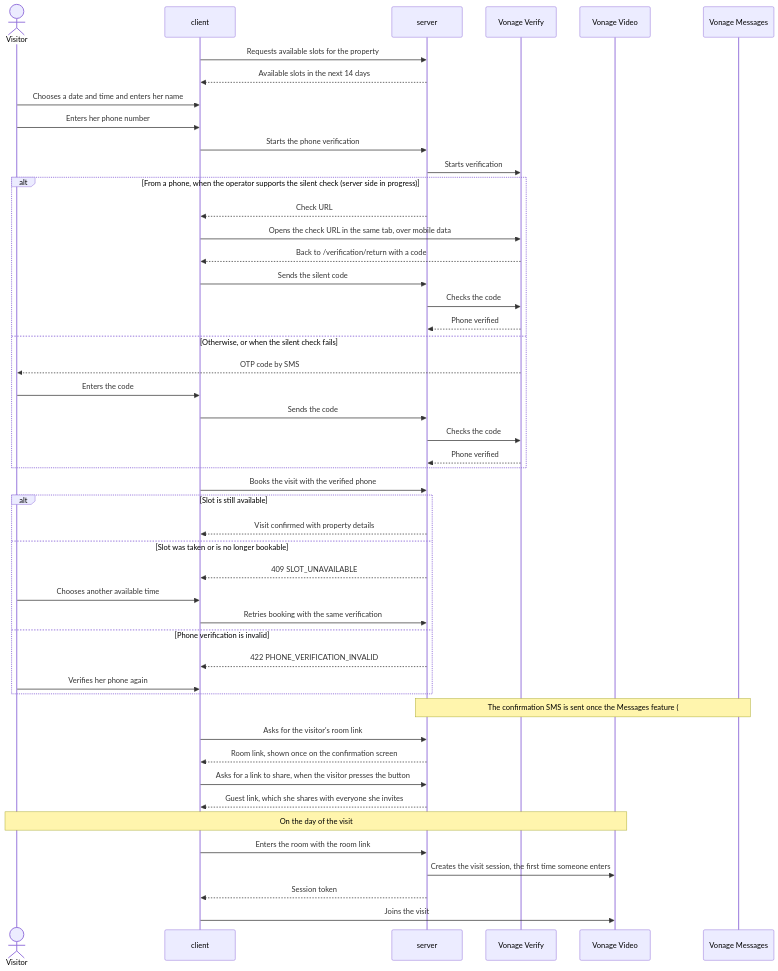
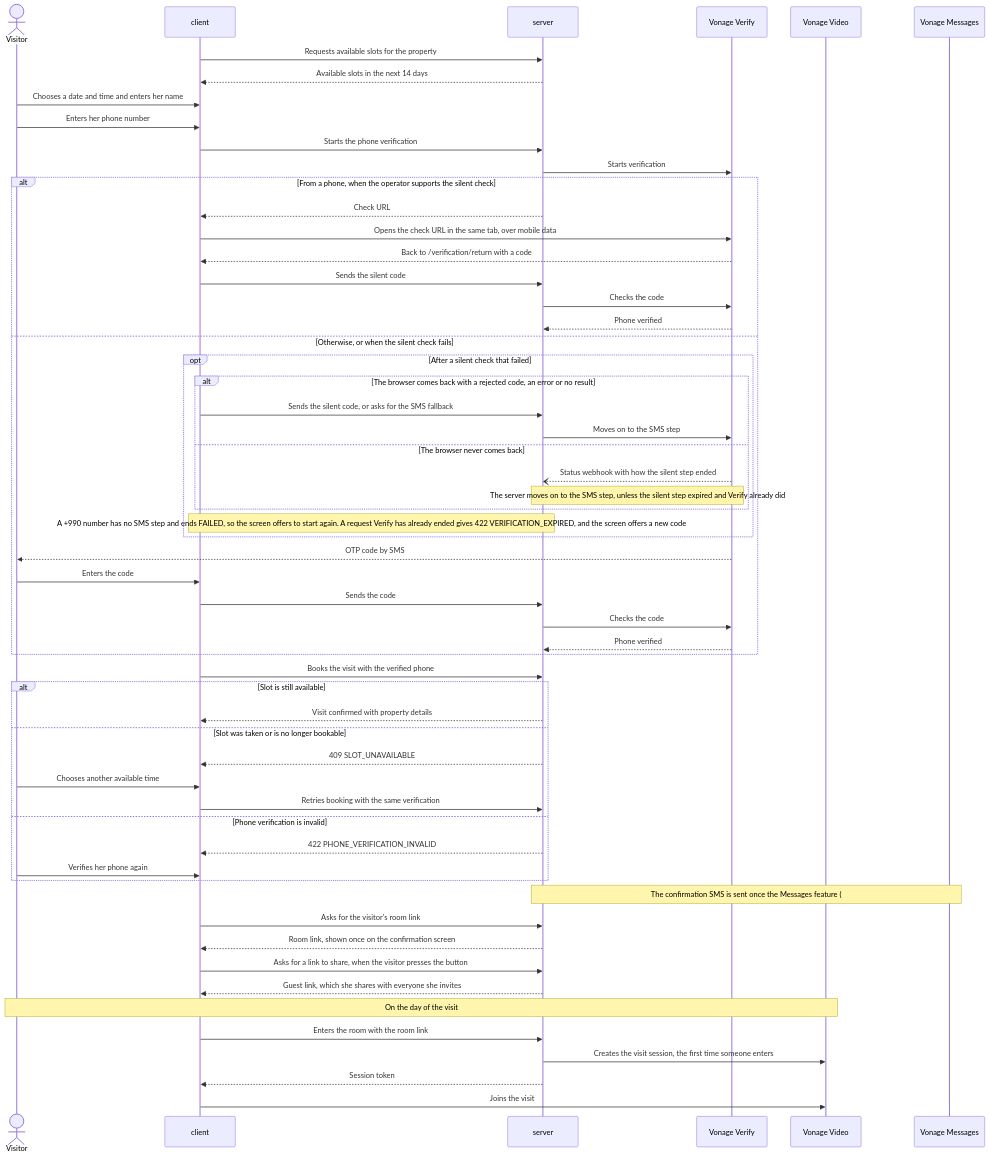
One commit to femCodersClub-vonage-program/secure-property-viewing changed the second of 2 diagrams in docs/architecture/README.md. Above: the diagram before and after it, drawn with Mermaid. The commit also changed other lines of this file and 50 other files, not shown here.

First line of the commit message:
feat(server): add Silent Authentication with SMS fallback to phone verification (#116)

````diff
--- a/docs/architecture/README.md
+++ b/docs/architecture/README.md
@@ -27,50 +28,60 @@
 ```mermaid
 sequenceDiagram
   actor V as Visitor
   participant C as client
   participant S as server
   participant VY as Vonage Verify
   participant VV as Vonage Video
   participant VM as Vonage Messages
   C->>S: Requests available slots for the property
   S-->>C: Available slots in the next 14 days
   V->>C: Chooses a date and time and enters her name
   V->>C: Enters her phone number
   C->>S: Starts the phone verification
   S->>VY: Starts verification
-  alt From a phone, when the operator supports the silent check (server side in progress)
+  alt From a phone, when the operator supports the silent check
     S-->>C: Check URL
     C->>VY: Opens the check URL in the same tab, over mobile data
     VY-->>C: Back to /verification/return with a code
     C->>S: Sends the silent code
     S->>VY: Checks the code
     VY-->>S: Phone verified
   else Otherwise, or when the silent check fails
+    opt After a silent check that failed
+      alt The browser comes back with a rejected code, an error or no result
+        C->>S: Sends the silent code, or asks for the SMS fallback
+        S->>VY: Moves on to the SMS step
+      else The browser never comes back
+        VY--)S: Status webhook with how the silent step ended
+        Note over S,VY: The server moves on to the SMS step, unless the silent step expired and Verify already did
+      end
+      Note over C,S: A +990 number has no SMS step and ends FAILED, so the screen offers to start again. A request Verify has already ended gives 422 VERIFICATION_EXPIRED, and the screen offers a new code
+    end
     VY-->>V: OTP code by SMS
     V->>C: Enters the code
     C->>S: Sends the code
     S->>VY: Checks the code
     VY-->>S: Phone verified
   end
   C->>S: Books the visit with the verified phone
   alt Slot is still available
     S-->>C: Visit confirmed with property details
   else Slot was taken or is no longer bookable
     S-->>C: 409 SLOT_UNAVAILABLE
     V->>C: Chooses another available time
     C->>S: Retries booking with the same verification
   else Phone verification is invalid
     S-->>C: 422 PHONE_VERIFICATION_INVALID
     V->>C: Verifies her phone again
   end
   Note over S,VM: The confirmation SMS is sent once the Messages feature (#87) is built
   C->>S: Asks for the visitor's room link
   S-->>C: Room link, shown once on the confirmation screen
   C->>S: Asks for a link to share, when the visitor presses the button
   S-->>C: Guest link, which she shares with everyone she invites
   Note over V,VV: On the day of the visit
   C->>S: Enters the room with the room link
   S->>VV: Creates the visit session, the first time someone enters
   S-->>C: Session token
   C->>VV: Joins the visit
 ```
````
